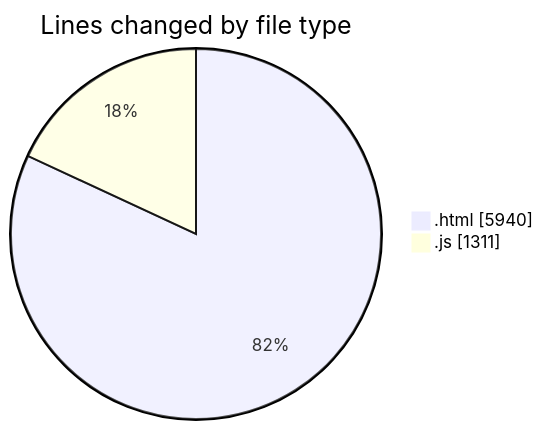
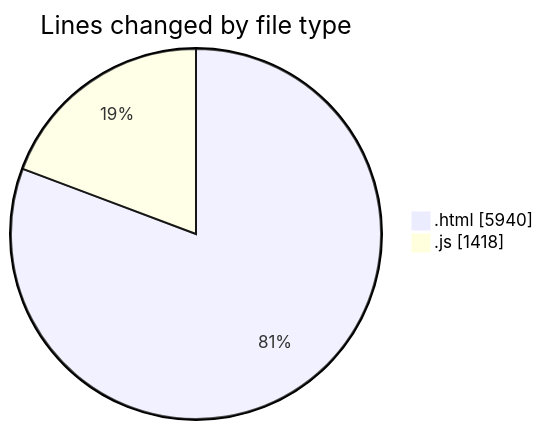
Before and after one commit to nxtqubesakshisongat/code-tracking: the first of 2 diagrams in 2025-08-10/nxtqube_webapp/README.md, drawn with Mermaid. The commit also changed other lines of this file and 1 other file, not shown here.

````diff
--- a/2025-08-10/nxtqube_webapp/README.md
+++ b/2025-08-10/nxtqube_webapp/README.md
@@ -23,6 +23,6 @@
 ```mermaid
 pie showData
 title Lines changed by file type
 ".html" : 5940
-".js" : 1311
+".js" : 1418
 ```
````
